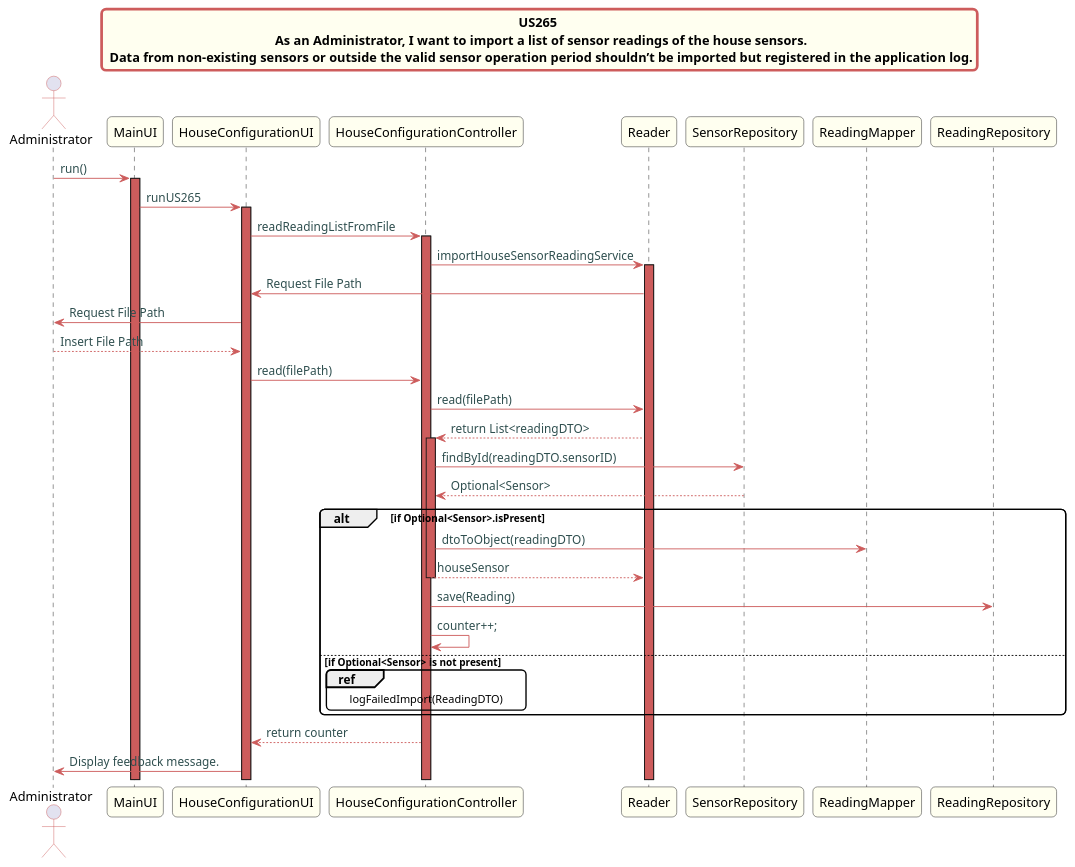
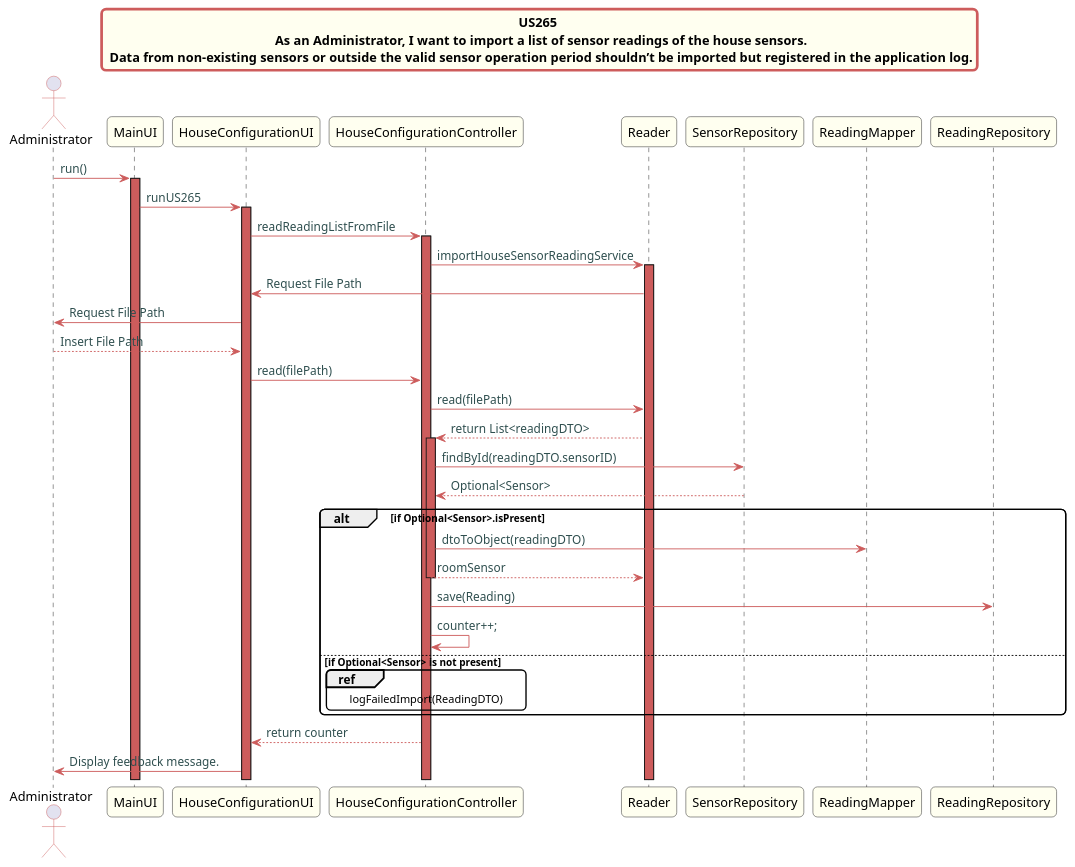
The diagram in src/doc/Controllers/HouseConfiguration/US265/US265_sd_HouseConfiguration.puml (Almadanmp/project), drawn with PlantUML before and after one commit. The commit also changed 32 other files, not shown here.

Commit message:
REF #197 renames readingService to readingUtils renames HouseSensor to RoomSensor

```diff
--- a/src/doc/Controllers/HouseConfiguration/US265/US265_sd_HouseConfiguration.puml
+++ b/src/doc/Controllers/HouseConfiguration/US265/US265_sd_HouseConfiguration.puml
@@ -1,61 +1,61 @@
 @startuml
 
 skinparam titleBorderRoundCorner 10
 skinparam titleBorderThickness 3
 skinparam titleBorderColor indianred
 skinparam titleBackgroundColor ivory
 skinparam FontName quicksand
 
 skinparam actor {
   BorderColor indianred
   }
 
 skinparam sequence {
   LifeLineBackgroundColor indianred
   ParticipantBackgroundColor ivory
 }
 
 skinparam roundcorner 10
 
 skinparam component {
   arrowThickness 1
   ArrowFontName Verdana
   ArrowColor indianred
   ArrowFontColor darkslategrey
 }
 
 title US265 \n  As an Administrator, I want to import a list of sensor readings of the house sensors. \n Data from non-existing sensors or outside the valid sensor operation period shouldn’t be imported but registered in the application log.
 
 
 actor Administrator
 Administrator -> MainUI:run()
 activate MainUI
 MainUI -> HouseConfigurationUI: runUS265
 activate HouseConfigurationUI
 HouseConfigurationUI -> "HouseConfigurationController": readReadingListFromFile
 activate HouseConfigurationController
 HouseConfigurationController -> "Reader": importHouseSensorReadingService
 activate Reader
 Reader -> HouseConfigurationUI: Request File Path
 HouseConfigurationUI -> Administrator: Request File Path
 Administrator --> HouseConfigurationUI: Insert File Path
 HouseConfigurationUI -> HouseConfigurationController: read(filePath)
 HouseConfigurationController -> "Reader": read(filePath)
 "Reader" --> HouseConfigurationController: return List<readingDTO>
 activate HouseConfigurationController
 HouseConfigurationController -> SensorRepository: findById(readingDTO.sensorID)
 SensorRepository --> HouseConfigurationController: Optional<Sensor>
 alt if Optional<Sensor>.isPresent
 HouseConfigurationController -> ReadingMapper: dtoToObject(readingDTO)
-return houseSensor
+return roomSensor
 HouseConfigurationController -> ReadingRepository: save(Reading)
 HouseConfigurationController -> HouseConfigurationController: counter++;
 else if Optional<Sensor> is not present
 ref over HouseConfigurationController
 logFailedImport(ReadingDTO)
 end
 end
 HouseConfigurationController --> HouseConfigurationUI: return counter
 
 HouseConfigurationUI -> Administrator: Display feedback message.
 @enduml
```
